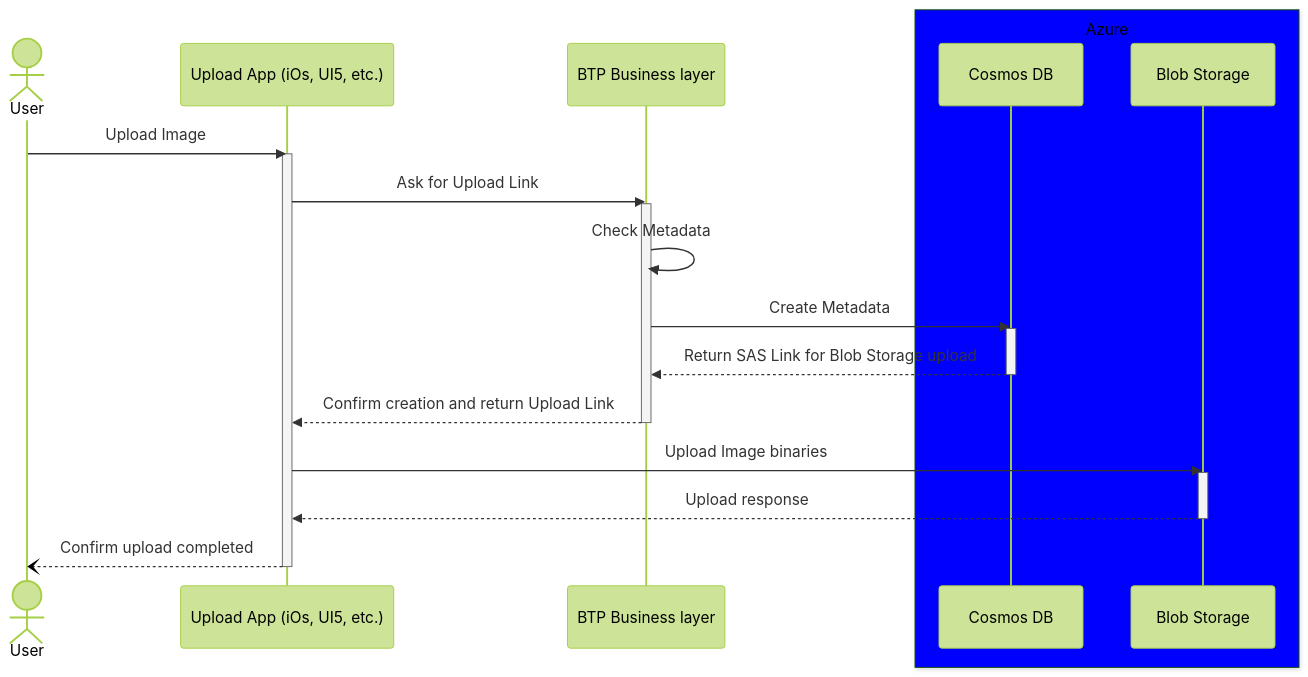
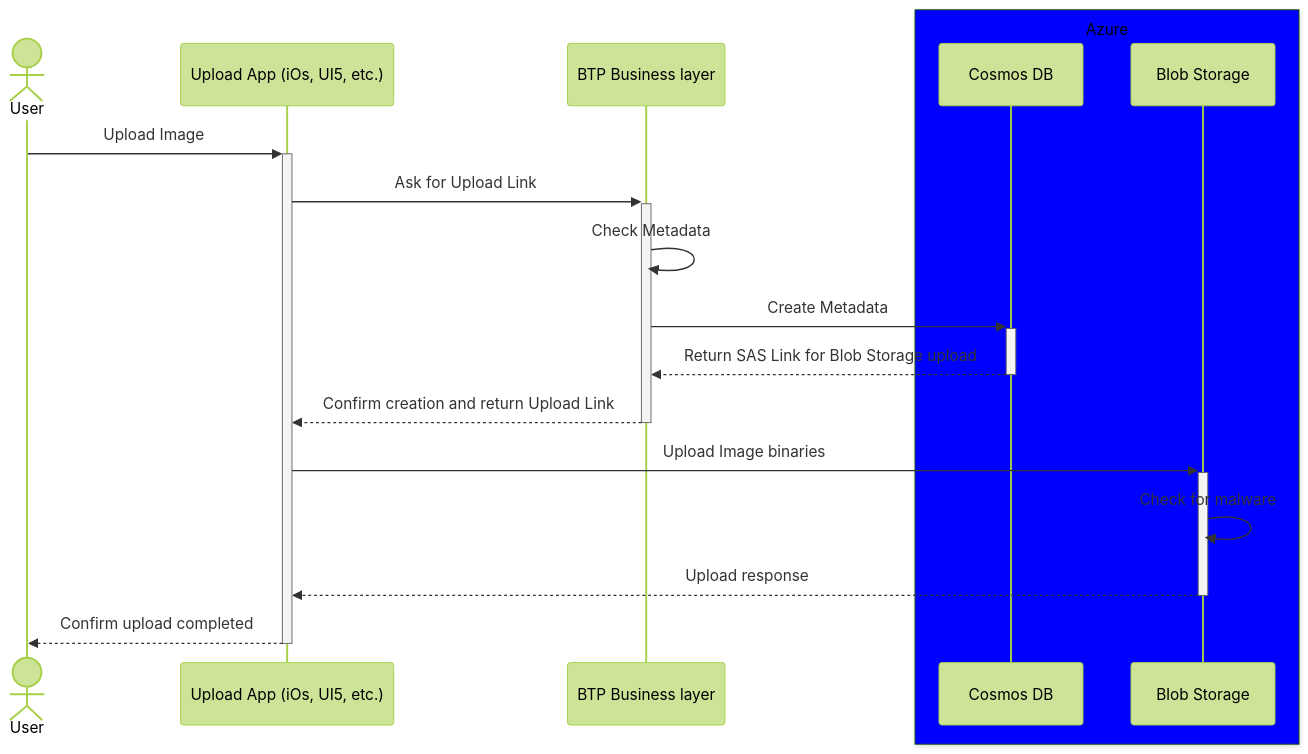
Before and after one commit to ainadur/-schindler-multipicture_docu: the first of 4 diagrams in docu/ep6/ep6.md, drawn with Mermaid (forest theme). The commit also changed other lines of this file, not shown here.

Commit message:
add diagrams to all API endpoints

````diff
--- a/docu/ep6/ep6.md
+++ b/docu/ep6/ep6.md
@@ -11,29 +11,21 @@
 ```mermaid
 sequenceDiagram
   actor User
   participant App as Upload App (iOs, UI5, etc.)
   participant BTP as BTP Business layer
   Box blue Azure
-  participant Cosmos as Cosmos DB
-  participant Blob as Blob Storage
+    participant Cosmos as Cosmos DB
+    participant Blob as Blob Storage
   end
 
-  User->>App: Upload Image
-  activate App
-  App->>BTP: Ask for Upload Link
-  activate BTP
+  User->>+App: Upload Image
+  App->>+BTP: Ask for Upload Link
   BTP->>BTP: Check Metadata
-  BTP->>Cosmos: Create Metadata
-  activate Cosmos
-  Cosmos-->>BTP: Return SAS Link for Blob Storage upload
-  deactivate Cosmos
-  BTP-->>App: Confirm creation and return Upload Link
-  deactivate BTP
-  App->>Blob: Upload Image binaries
-  activate Blob
-  Blob-->>App: Upload response
-  deactivate Blob
-  App--)User: Confirm upload completed
-  deactivate App
-
+  BTP->>+Cosmos: Create Metadata
+  Cosmos-->>-BTP: Return SAS Link for Blob Storage upload
+  BTP-->>-App: Confirm creation and return Upload Link
+  App->>+Blob: Upload Image binaries
+  Blob->>Blob: Check for malware
+  Blob-->>-App: Upload response
+  App-->>-User: Confirm upload completed
 ```
````
